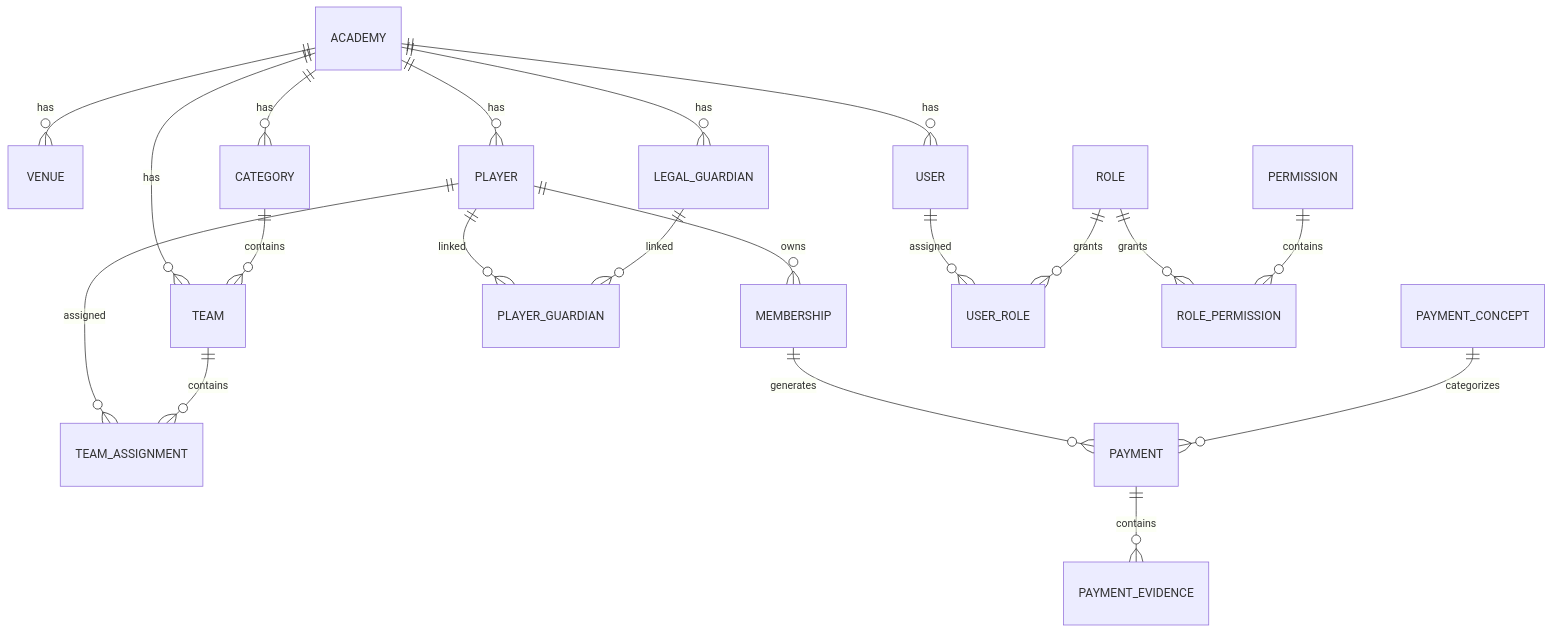
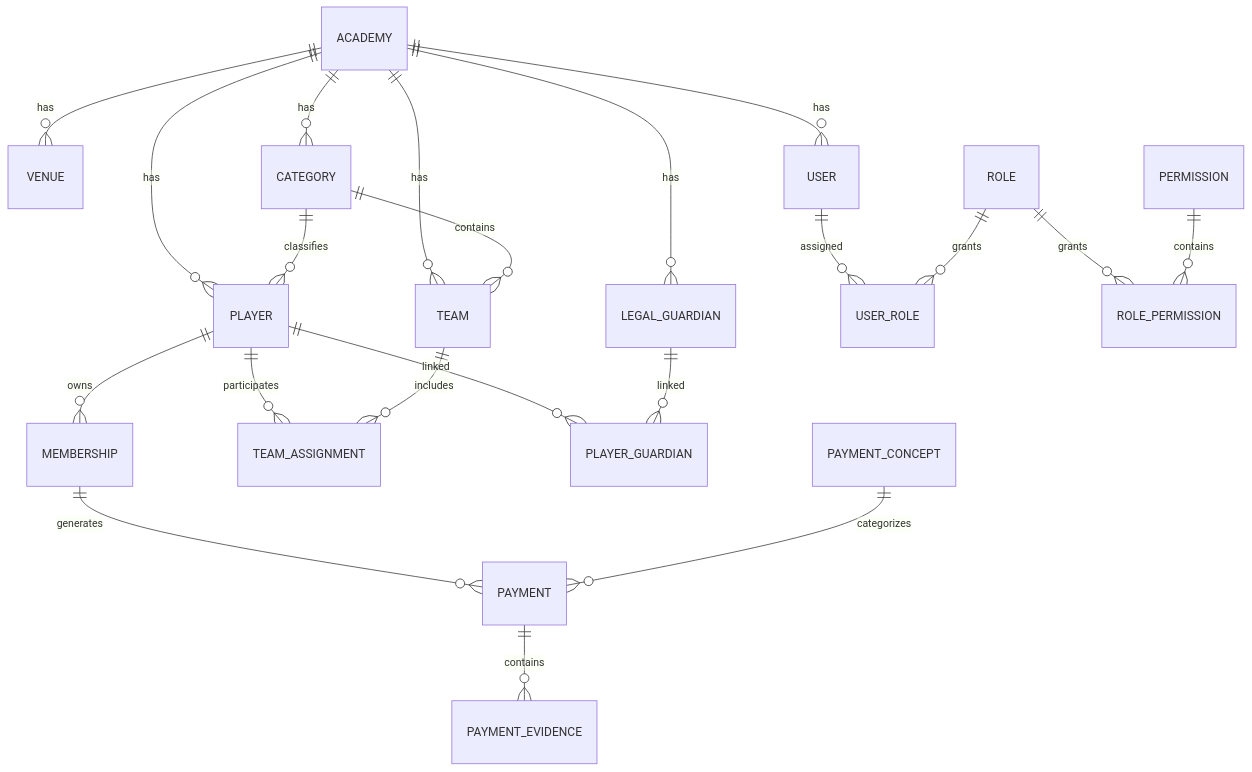
One commit to juancitowillyr46/playertech-api changed the diagram in docs/database/04-erd.md. Above: the diagram before and after it, drawn with Mermaid. The commit also changed other lines of this file and 5 other files, not shown here.

````diff
--- a/docs/database/04-erd.md
+++ b/docs/database/04-erd.md
@@ -3,32 +9,33 @@
 ```mermaid
 erDiagram
 
 ACADEMY ||--o{ VENUE : has
 ACADEMY ||--o{ USER : has
 ACADEMY ||--o{ CATEGORY : has
 ACADEMY ||--o{ TEAM : has
 ACADEMY ||--o{ PLAYER : has
 ACADEMY ||--o{ LEGAL_GUARDIAN : has
 
+CATEGORY ||--o{ PLAYER : classifies
 CATEGORY ||--o{ TEAM : contains
 
 PLAYER ||--o{ MEMBERSHIP : owns
 
-PLAYER ||--o{ TEAM_ASSIGNMENT : assigned
-TEAM ||--o{ TEAM_ASSIGNMENT : contains
+PLAYER ||--o{ TEAM_ASSIGNMENT : participates
+TEAM ||--o{ TEAM_ASSIGNMENT : includes
 
 PLAYER ||--o{ PLAYER_GUARDIAN : linked
 LEGAL_GUARDIAN ||--o{ PLAYER_GUARDIAN : linked
 
 MEMBERSHIP ||--o{ PAYMENT : generates
 
 PAYMENT_CONCEPT ||--o{ PAYMENT : categorizes
 
 PAYMENT ||--o{ PAYMENT_EVIDENCE : contains
 
 USER ||--o{ USER_ROLE : assigned
 ROLE ||--o{ USER_ROLE : grants
 
 ROLE ||--o{ ROLE_PERMISSION : grants
 PERMISSION ||--o{ ROLE_PERMISSION : contains
 ```
````
